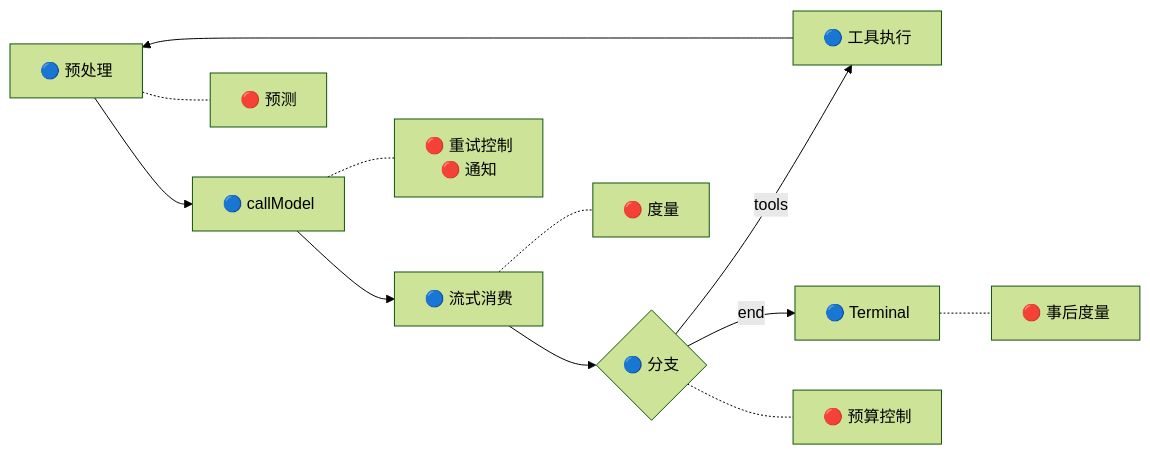
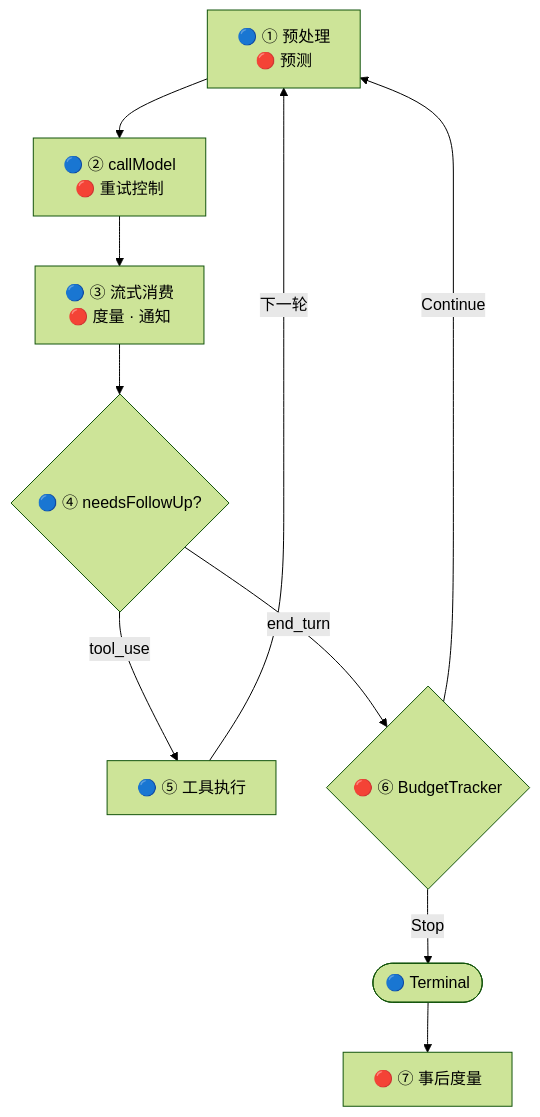
The first of 3 diagrams in mydocs/part2/07-Token与成本管理.md (binarylei/ClaudeCode), drawn with Mermaid (forest theme) before and after one commit. The commit also changed other lines of this file and 3 other files, not shown here.

````diff
--- a/mydocs/part2/07-Token与成本管理.md
+++ b/mydocs/part2/07-Token与成本管理.md
@@ -77,13 +77,12 @@
 ```mermaid
-flowchart LR
-    PRE["🔵 预处理"] --> CALL["🔵 callModel"]
-    CALL --> STREAM["🔵 流式消费"]
-    STREAM --> BRANCH{"🔵 分支"}
-    BRANCH -->|"tools"| TOOLS["🔵 工具执行"] --> PRE
-    BRANCH -->|"end"| TERM["🔵 Terminal"]
-    PRE -.- P1["🔴 预测"]
-    CALL -.- P2["🔴 重试控制\n🔴 通知"]
-    STREAM -.- P3["🔴 度量"]
-    BRANCH -.- P4["🔴 预算控制"]
-    TERM -.- P5["🔴 事后度量"]
+flowchart TD
+    A["🔵 ① 预处理<br/>🔴 预测"] --> B["🔵 ② callModel<br/>🔴 重试控制"]
+    B --> C["🔵 ③ 流式消费<br/>🔴 度量 · 通知"]
+    C --> D{"🔵 ④ needsFollowUp?"}
+    D -->|tool_use| E["🔵 ⑤ 工具执行"]
+    E -->|下一轮| A
+    D -->|end_turn| F{"🔴 ⑥ BudgetTracker"}
+    F -->|Continue| A
+    F -->|Stop| G(["🔵 Terminal"])
+    G --> H["🔴 ⑦ 事后度量"]
 ```
````
